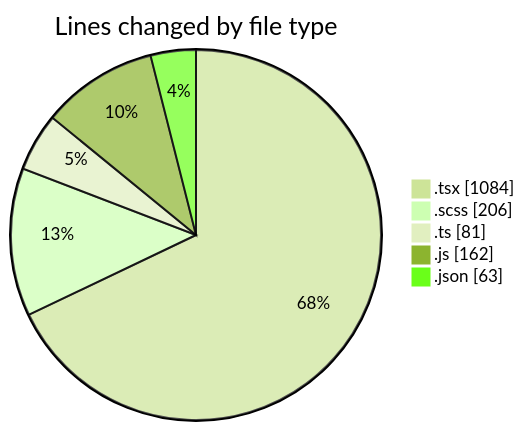
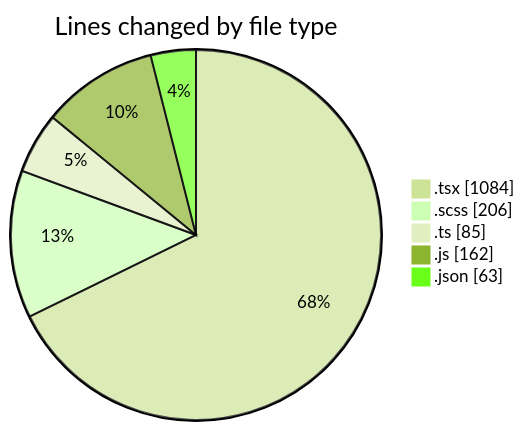
One commit to momahboobian/code-tracking changed the first of 2 diagrams in 2026-04-23/cda/README.md. Above: the diagram before and after it, drawn with Mermaid (forest theme). The commit also changed other lines of this file and 1 other file, not shown here.

````diff
--- a/2026-04-23/cda/README.md
+++ b/2026-04-23/cda/README.md
@@ -31,9 +32,9 @@
 ```mermaid
 pie showData
 title Lines changed by file type
 ".tsx" : 1084
 ".scss" : 206
-".ts" : 81
+".ts" : 85
 ".js" : 162
 ".json" : 63
 ```
````
